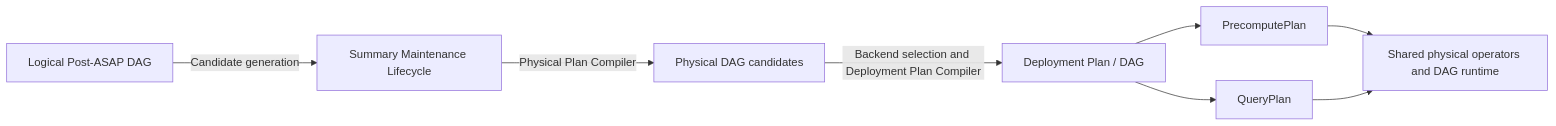
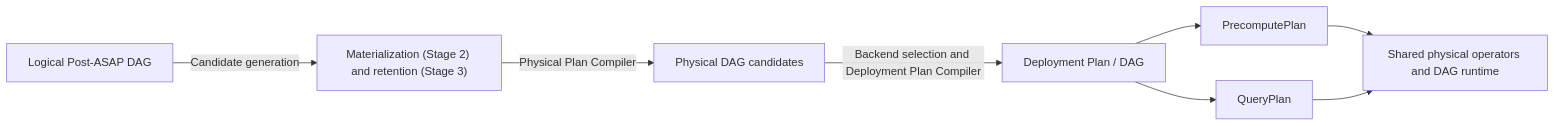
One commit to ProjectASAP/ASAPQuery-backend changed the first of 4 diagrams in docs/design_docs/query-dag-execution.md. Above: the diagram before and after it, drawn with Mermaid. The commit also changed other lines of this file, not shown here.

Commit message:
docs: replace the removed Summary Maintenance Lifecycle with Stage 2 materialization and Stage 3 retention

````diff
--- a/docs/design_docs/query-dag-execution.md
+++ b/docs/design_docs/query-dag-execution.md
@@ -8,10 +8,10 @@
 ```mermaid
 flowchart LR
-    L["Logical Post-ASAP DAG"] -->|Candidate generation| M["Summary Maintenance Lifecycle"]
+    L["Logical Post-ASAP DAG"] -->|Candidate generation| M["Materialization (Stage 2) and retention (Stage 3)"]
     M -->|Physical Plan Compiler| P["Physical DAG candidates"]
     P -->|Backend selection and Deployment Plan Compiler| D["Deployment Plan / DAG"]
     D --> Pre["PrecomputePlan"]
     D --> Query["QueryPlan"]
     Pre --> Runtime["Shared physical operators and DAG runtime"]
     Query --> Runtime
 ```
````
